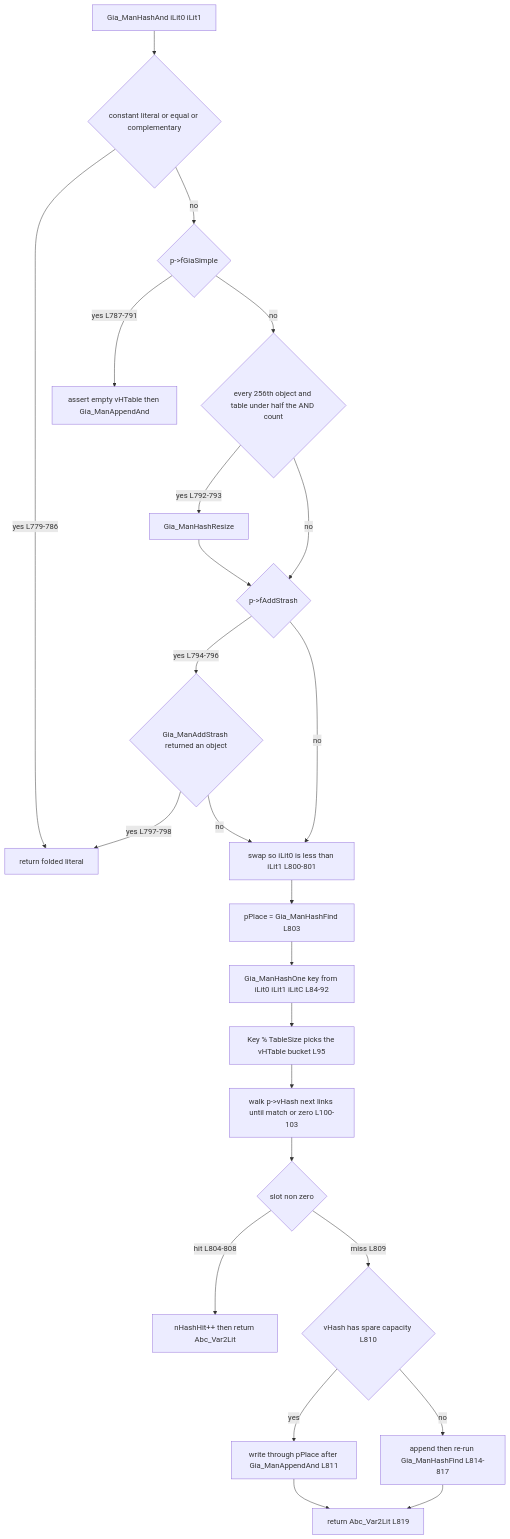
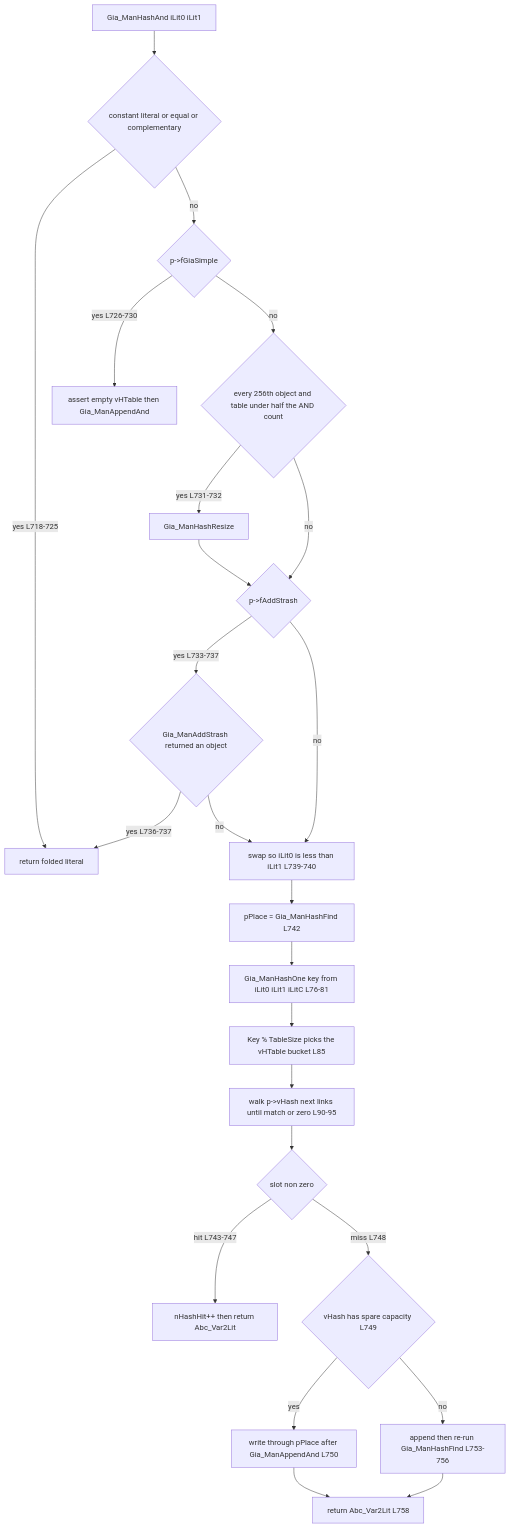
The seventh of 10 diagrams in src/aig/gia/README.md (blitzy-research/abc), drawn with Mermaid before and after one commit. The commit also changed other lines of this file and 3 other files, not shown here.

````diff
--- a/src/aig/gia/README.md
+++ b/src/aig/gia/README.md
@@ -877,26 +885,26 @@
 ```mermaid
 flowchart TD
     A["Gia_ManHashAnd iLit0 iLit1"] --> B{"constant literal or equal or complementary"}
-    B -->|"yes L779-786"| C["return folded literal"]
+    B -->|"yes L718-725"| C["return folded literal"]
     B -->|"no"| D{"p->fGiaSimple"}
-    D -->|"yes L787-791"| E["assert empty vHTable then Gia_ManAppendAnd"]
+    D -->|"yes L726-730"| E["assert empty vHTable then Gia_ManAppendAnd"]
     D -->|"no"| F{"every 256th object and table under half the AND count"}
-    F -->|"yes L792-793"| G["Gia_ManHashResize"]
+    F -->|"yes L731-732"| G["Gia_ManHashResize"]
     F -->|"no"| H{"p->fAddStrash"}
     G --> H
-    H -->|"yes L794-796"| I{"Gia_ManAddStrash returned an object"}
-    H -->|"no"| J["swap so iLit0 is less than iLit1 L800-801"]
-    I -->|"yes L797-798"| C
+    H -->|"yes L733-737"| I{"Gia_ManAddStrash returned an object"}
+    H -->|"no"| J["swap so iLit0 is less than iLit1 L739-740"]
+    I -->|"yes L736-737"| C
     I -->|"no"| J
-    J --> K["pPlace = Gia_ManHashFind L803"]
-    K --> K1["Gia_ManHashOne key from iLit0 iLit1 iLitC L84-92"]
-    K1 --> K2["Key % TableSize picks the vHTable bucket L95"]
-    K2 --> K3["walk p->vHash next links until match or zero L100-103"]
+    J --> K["pPlace = Gia_ManHashFind L742"]
+    K --> K1["Gia_ManHashOne key from iLit0 iLit1 iLitC L76-81"]
+    K1 --> K2["Key % TableSize picks the vHTable bucket L85"]
+    K2 --> K3["walk p->vHash next links until match or zero L90-95"]
     K3 --> L{"slot non zero"}
-    L -->|"hit L804-808"| M["nHashHit++ then return Abc_Var2Lit"]
-    L -->|"miss L809"| N{"vHash has spare capacity L810"}
-    N -->|"yes"| O["write through pPlace after Gia_ManAppendAnd L811"]
-    N -->|"no"| P["append then re-run Gia_ManHashFind L814-817"]
-    O --> Q["return Abc_Var2Lit L819"]
+    L -->|"hit L743-747"| M["nHashHit++ then return Abc_Var2Lit"]
+    L -->|"miss L748"| N{"vHash has spare capacity L749"}
+    N -->|"yes"| O["write through pPlace after Gia_ManAppendAnd L750"]
+    N -->|"no"| P["append then re-run Gia_ManHashFind L753-756"]
+    O --> Q["return Abc_Var2Lit L758"]
     P --> Q
 ```
````
